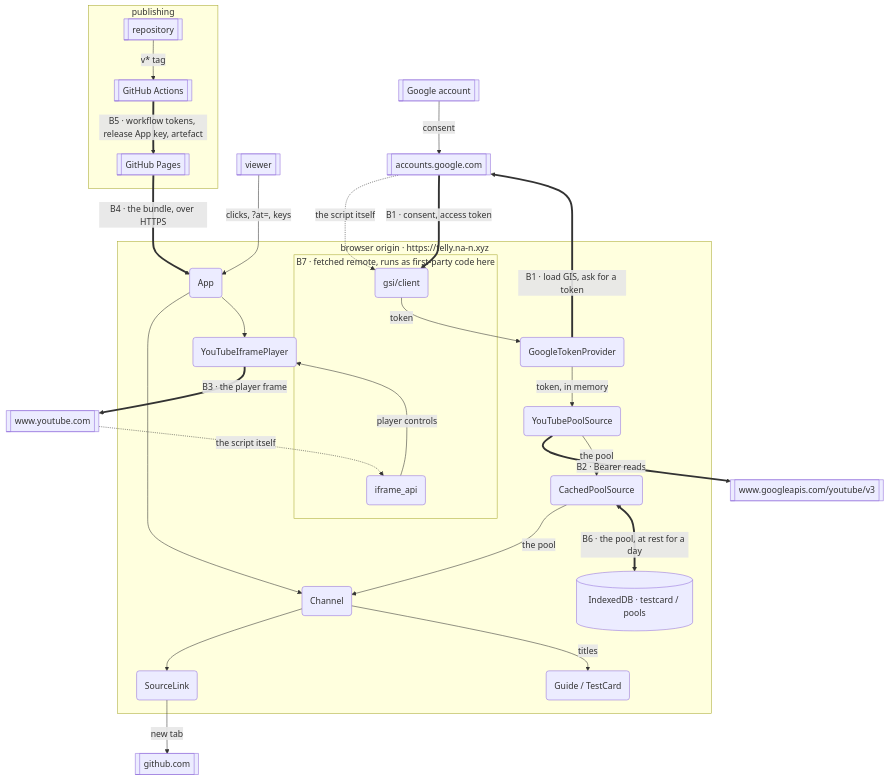
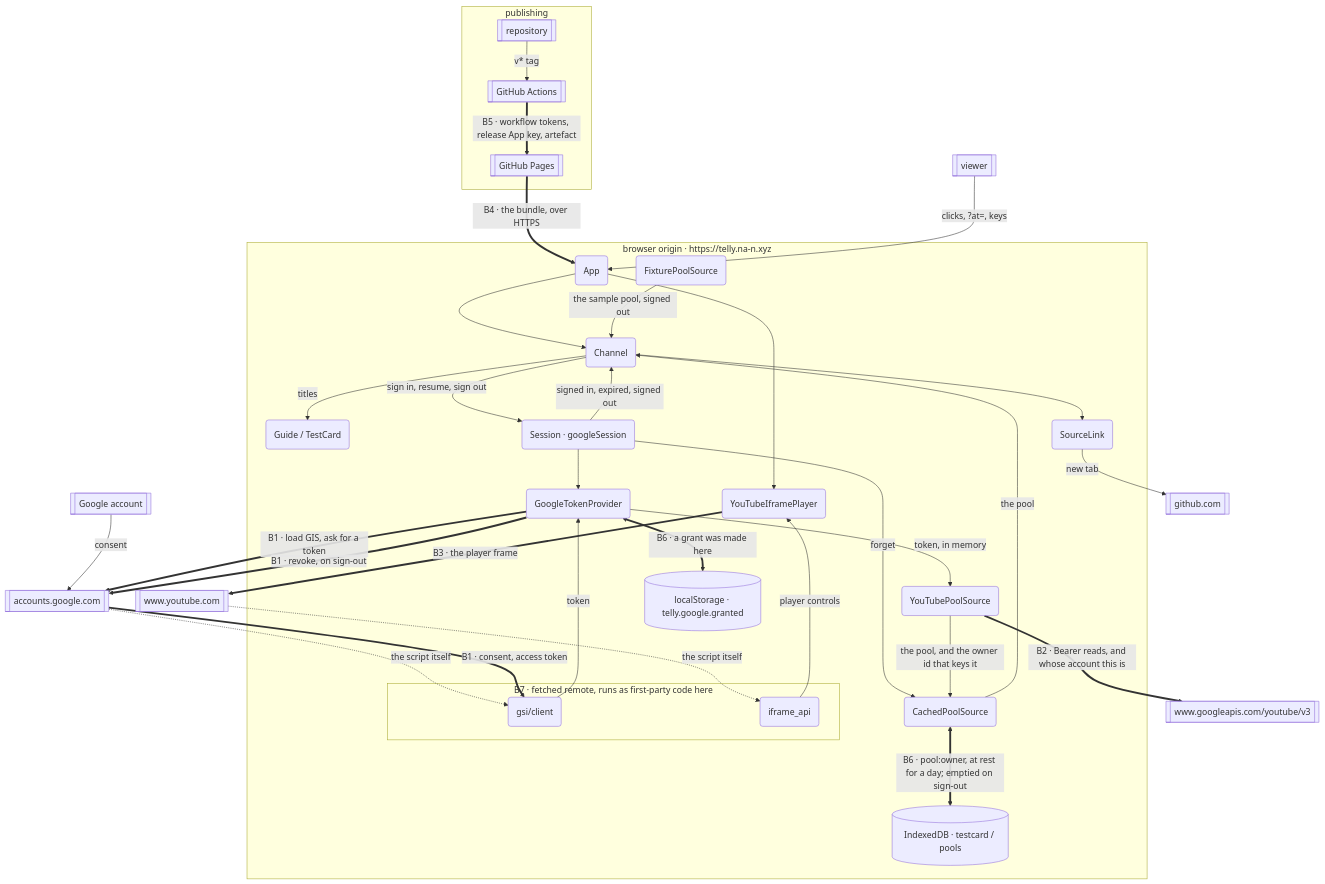
One commit to coolhandle01/telly changed the diagram in docs/architecture/threat-model.md. Above: the diagram before and after it, drawn with Mermaid. The commit also changed other lines of this file and 135 other files, not shown here.

First line of the commit message:
fix: make a session one thing, from page load to sign out (#8)

````diff
--- a/docs/architecture/threat-model.md
+++ b/docs/architecture/threat-model.md
@@ -21,58 +21,69 @@
 ```mermaid
 flowchart TB
   viewer[["viewer"]]
   account[["Google account"]]
 
   subgraph build["publishing"]
     repo[["repository"]] -->|"v* tag"| actions[["GitHub Actions"]]
     actions ==>|"B5 · workflow tokens, release App key, artefact"| pages[["GitHub Pages"]]
   end
 
   subgraph origin["browser origin · https://telly.na-n.xyz"]
     app("App")
     channel("Channel")
     guide("Guide / TestCard")
     sourcelink("SourceLink")
+    session("Session · googleSession")
     provider("GoogleTokenProvider")
     ytpool("YouTubePoolSource")
     cached("CachedPoolSource")
+    fixture("FixturePoolSource")
     idb[("IndexedDB · testcard / pools")]
+    grant[("localStorage · telly.google.granted")]
     player("YouTubeIframePlayer")
 
     subgraph scripts["B7 · fetched remote, runs as first-party code here"]
       gsi("gsi/client")
       ytapi("iframe_api")
     end
   end
 
   accounts[["accounts.google.com"]]
   api[["www.googleapis.com/youtube/v3"]]
   youtube[["www.youtube.com"]]
   github[["github.com"]]
 
   pages ==>|"B4 · the bundle, over HTTPS"| app
   viewer -->|"clicks, ?at=, keys"| app
   account -->|"consent"| accounts
 
   app --> channel
   app --> player
   channel --> sourcelink
   channel -->|"titles"| guide
   cached -->|"the pool"| channel
+  fixture -->|"the sample pool, signed out"| channel
+
+  channel -->|"sign in, resume, sign out"| session
+  session -->|"signed in, expired, signed out"| channel
+  session --> provider
+  session -->|"forget"| cached
 
   provider ==>|"B1 · load GIS, ask for a token"| accounts
+  provider ==>|"B1 · revoke, on sign-out"| accounts
   accounts -.->|"the script itself"| gsi
   accounts ==>|"B1 · consent, access token"| gsi
   gsi -->|"token"| provider
   provider -->|"token, in memory"| ytpool
+  provider <==>|"B6 · a grant was made here"| grant
 
-  ytpool ==>|"B2 · Bearer reads"| api
-  ytpool -->|"the pool"| cached
-  cached <==>|"B6 · the pool, at rest for a day"| idb
+  ytpool ==>|"B2 · Bearer reads, and whose account this is"| api
+  ytpool -->|"the pool, and the owner id that keys it"| cached
+  cached <==>|"B6 · pool:owner, at rest for a day; emptied on sign-out"| idb
 
   player ==>|"B3 · the player frame"| youtube
   youtube -.->|"the script itself"| ytapi
   ytapi -->|"player controls"| player
 
   sourcelink -->|"new tab"| github
 ```
````
